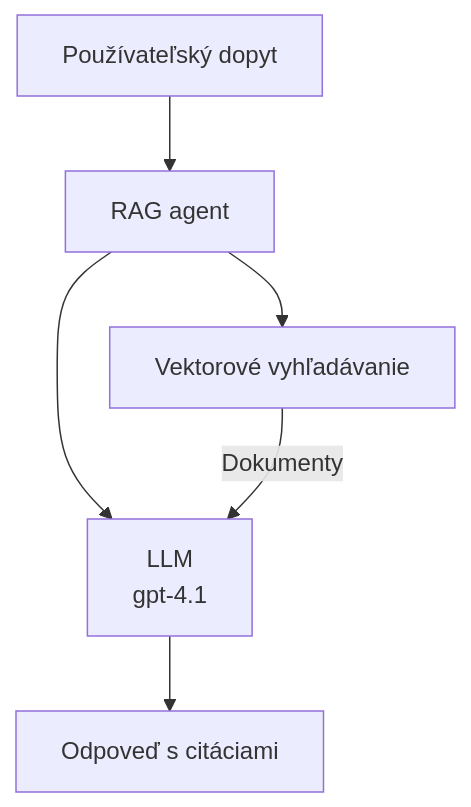
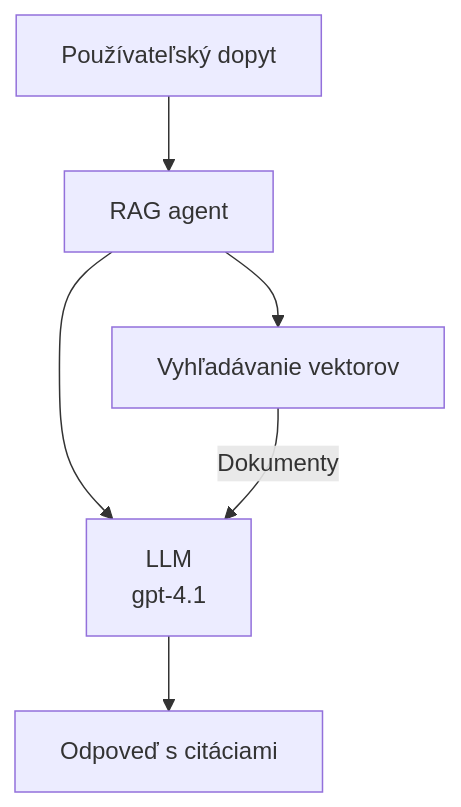
One commit to microsoft/AZD-for-beginners changed the second of 3 diagrams in translations/sk/docs/chapter-02-ai-development/agents.md. Above: the diagram before and after it, drawn with Mermaid. The commit also changed other lines of this file and 101 other files, not shown here.

````diff
--- a/translations/sk/docs/chapter-02-ai-development/agents.md
+++ b/translations/sk/docs/chapter-02-ai-development/agents.md
@@ -170,8 +175,8 @@
 ```mermaid
 graph TD
     Query[Používateľský dopyt] --> RAG[RAG agent]
-    RAG --> Vector[Vektorové vyhľadávanie]
+    RAG --> Vector[Vyhľadávanie vektorov]
     RAG --> LLM[LLM<br/>gpt-4.1]
     Vector -- Dokumenty --> LLM
     LLM --> Response[Odpoveď s citáciami]
 ```
````
